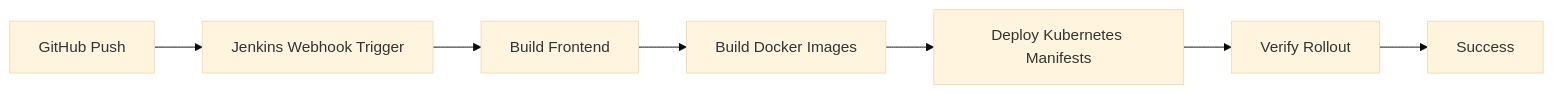
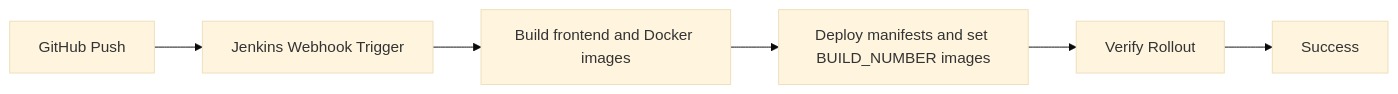
Before and after one commit to RishiSharma45/smart-water-monitoring-platform: the third of 3 diagrams in PROJECT_ARCHITECTURE.md, drawn with Mermaid (base theme). The commit also changed 12 other files, not shown here.

````diff
--- a/PROJECT_ARCHITECTURE.md
+++ b/PROJECT_ARCHITECTURE.md
@@ -92,9 +92,8 @@
 ```mermaid
 flowchart LR
     GitHub["GitHub Push"] --> Jenkins["Jenkins Webhook Trigger"]
-    Jenkins --> FrontendBuild["Build Frontend"]
-    FrontendBuild --> DockerBuild["Build Docker Images"]
-    DockerBuild --> K8sDeploy["Deploy Kubernetes Manifests"]
+    Jenkins --> Build["Build frontend and Docker images"]
+    Build --> K8sDeploy["Deploy manifests and set BUILD_NUMBER images"]
     K8sDeploy --> Verify["Verify Rollout"]
     Verify --> Success["Success"]
 ```
````
